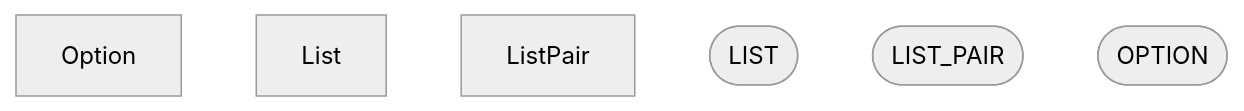
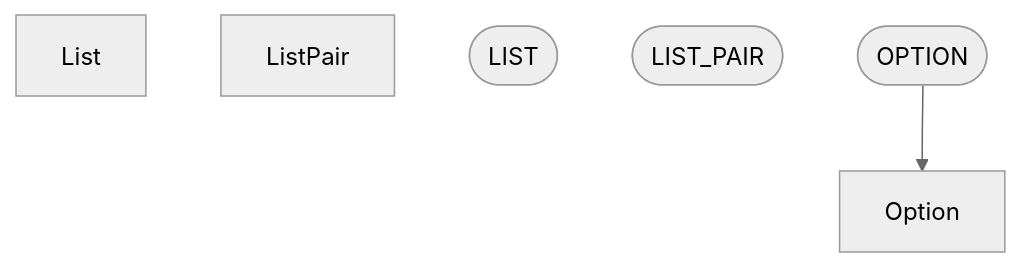
Before and after one commit to ruudkoot/rune: the fourth of 9 diagrams in docs/generated/basis/depends.md, drawn with Mermaid (neutral theme). The commit also changed other lines of this file and 76 other files, not shown here.

````diff
--- a/docs/generated/basis/depends.md
+++ b/docs/generated/basis/depends.md
@@ -111,9 +110,10 @@
 ```mermaid
 flowchart TD
   n3["Option"]
   n4["List"]
   n5["ListPair"]
-  n112(["LIST"])
-  n113(["LIST_PAIR"])
-  n118(["OPTION"])
+  n103(["LIST"])
+  n104(["LIST_PAIR"])
+  n109(["OPTION"])
+  n109 --> n3
 ```
````
